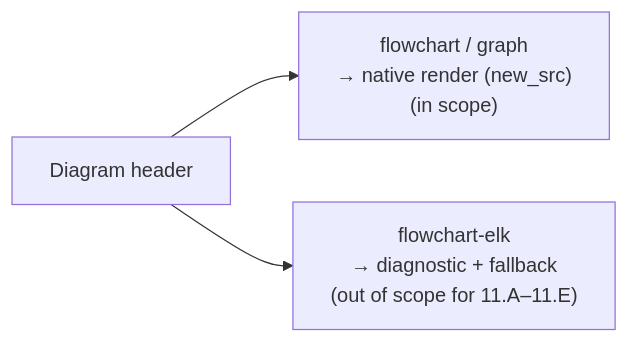
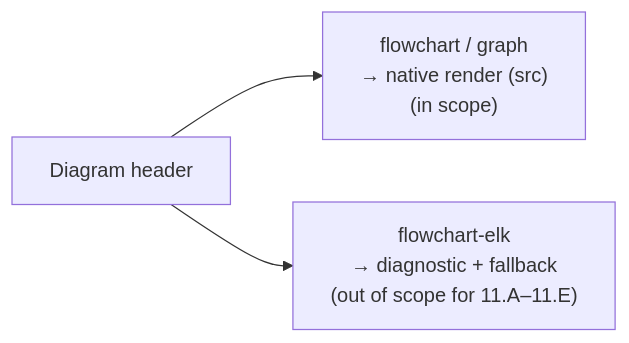
Diagram 22 of 23 in spec.md (VaderConsulting/MarkdownToDocX), drawn with Mermaid before and after one commit. The commit also changed other lines of this file and 16 other files, not shown here.

````diff
--- a/spec.md
+++ b/spec.md
@@ -2778,9 +2782,9 @@
 ```mermaid
 flowchart LR
   HDR["Diagram header"]
-  DAG["flowchart / graph\n→ native render (new_src)\n(in scope)"]
+  DAG["flowchart / graph\n→ native render (src)\n(in scope)"]
   ELK["flowchart-elk\n→ diagnostic + fallback\n(out of scope for 11.A–11.E)"]
 
   HDR --> DAG
   HDR --> ELK
 ```
````
